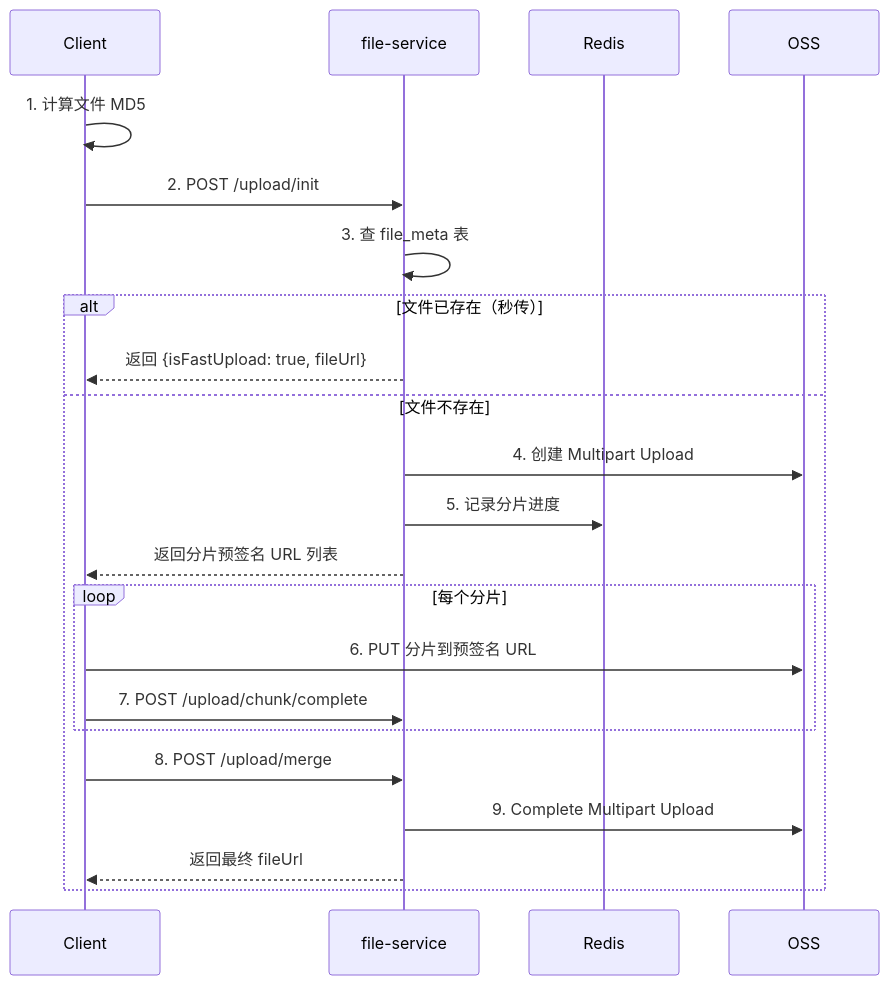
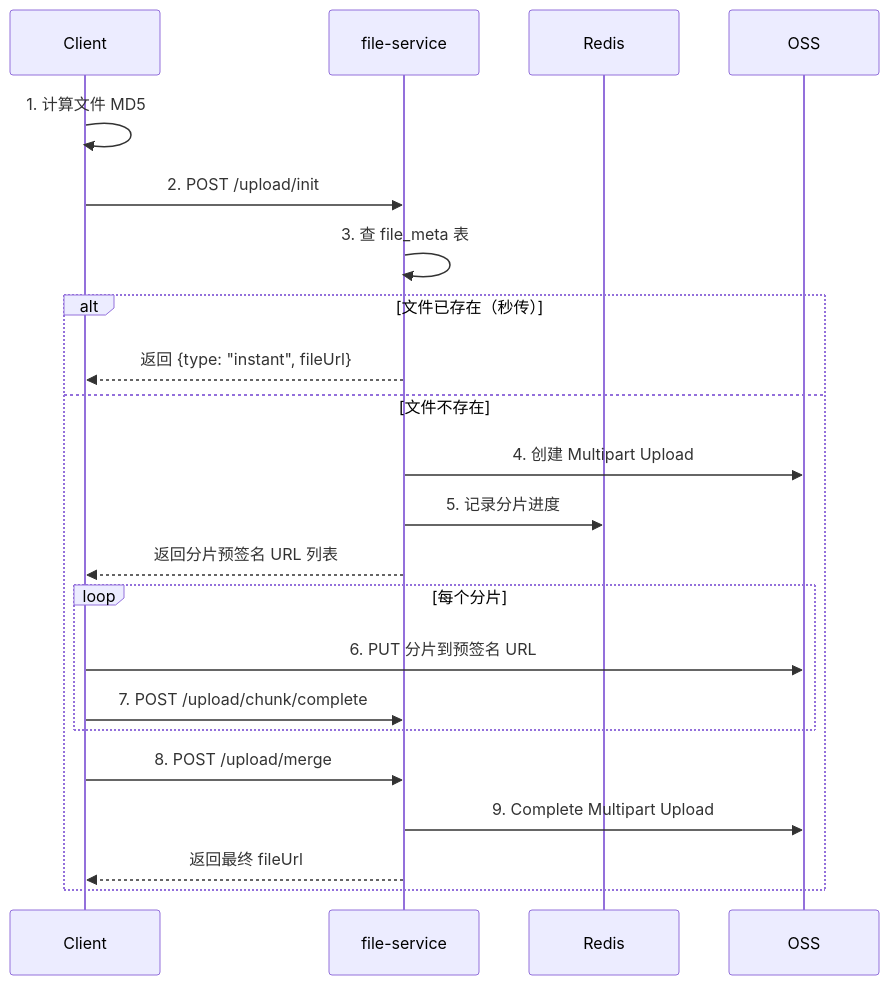
One commit to Misaki-Akeno/campus-collab-platform changed the second of 3 diagrams in docs/API.md. Above: the diagram before and after it, drawn with Mermaid. The commit also changed other lines of this file and 11 other files, not shown here.

````diff
--- a/docs/API.md
+++ b/docs/API.md
@@ -467,25 +491,25 @@
 ```mermaid
 sequenceDiagram
     participant C as Client
     participant F as file-service
     participant R as Redis
     participant O as OSS
 
     C->>C: 1. 计算文件 MD5
     C->>F: 2. POST /upload/init
     F->>F: 3. 查 file_meta 表
     alt 文件已存在（秒传）
-        F-->>C: 返回 {isFastUpload: true, fileUrl}
+        F-->>C: 返回 {type: "instant", fileUrl}
     else 文件不存在
         F->>O: 4. 创建 Multipart Upload
         F->>R: 5. 记录分片进度
         F-->>C: 返回分片预签名 URL 列表
         loop 每个分片
             C->>O: 6. PUT 分片到预签名 URL
             C->>F: 7. POST /upload/chunk/complete
         end
         C->>F: 8. POST /upload/merge
         F->>O: 9. Complete Multipart Upload
         F-->>C: 返回最终 fileUrl
     end
 ```
````
